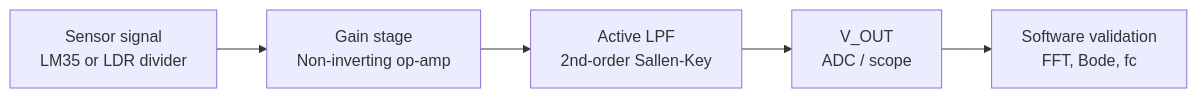
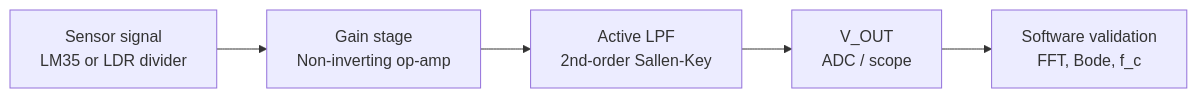
One commit to Kunal88591/Analog-Signal-Conditioning-Measurement-System changed the first of 2 diagrams in README.md. Above: the diagram before and after it, drawn with Mermaid. The commit also changed other lines of this file, not shown here.

````diff
--- a/README.md
+++ b/README.md
@@ -66,7 +74,7 @@
 ```mermaid
 flowchart LR
 	A[Sensor signal\nLM35 or LDR divider] --> B[Gain stage\nNon-inverting op-amp]
 	B --> C[Active LPF\n2nd-order Sallen-Key]
 	C --> D[V_OUT\nADC / scope]
-	D --> E[Software validation\nFFT, Bode, fc]
+	D --> E[Software validation\nFFT, Bode, f_c]
 ```
````
